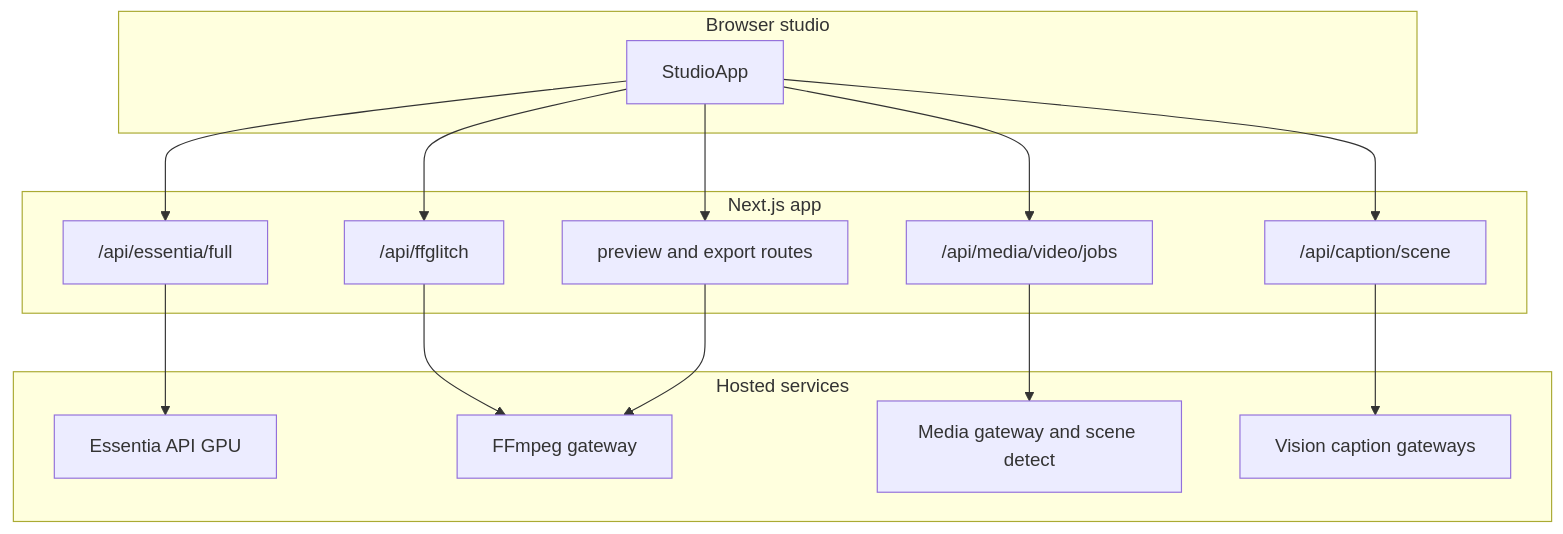
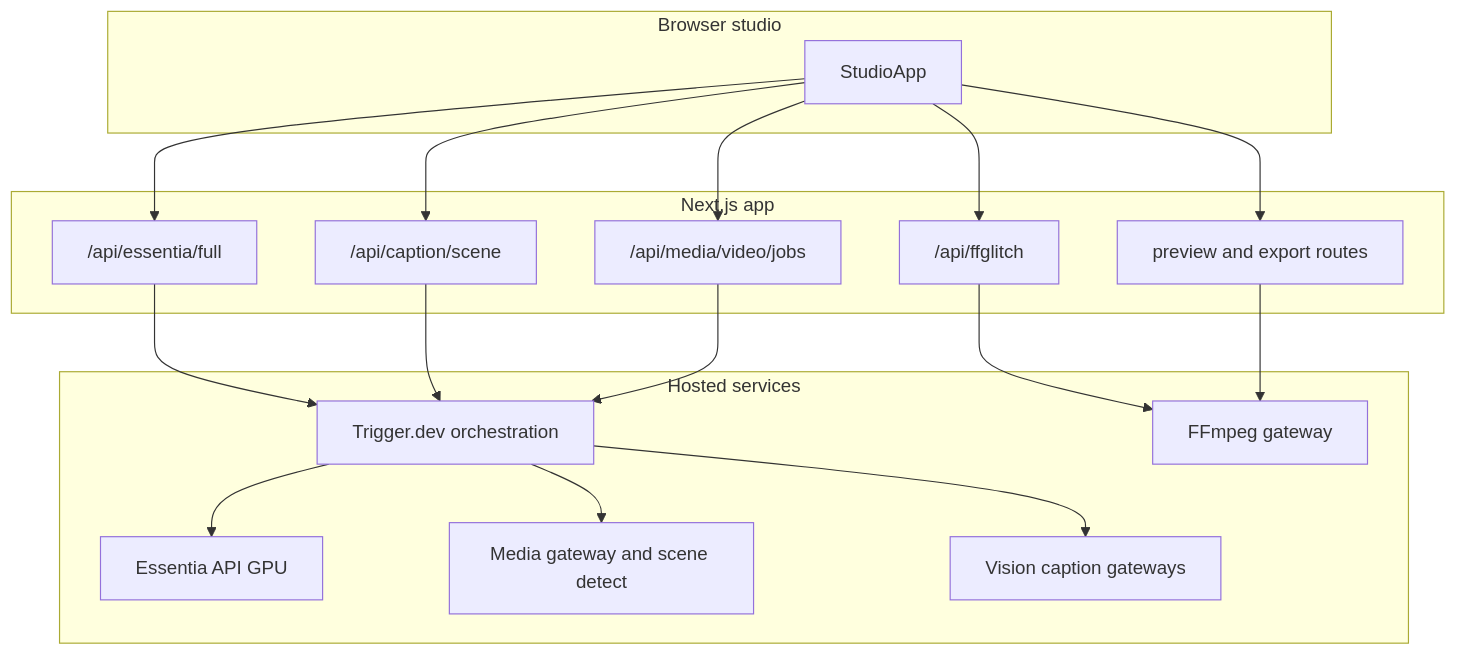
Before and after one commit to gordo-v1su4/project-stack-structure: the diagram in README.md, drawn with Mermaid. The commit also changed other lines of this file and 30 other files, not shown here.

Commit message:
Route media analysis through Trigger.dev

````diff
--- a/README.md
+++ b/README.md
@@ -40,32 +41,36 @@
 ```mermaid
 graph TB
     subgraph Client["Browser studio"]
         UI[StudioApp]
     end
 
     subgraph NextJS["Next.js app"]
         API_E["/api/essentia/full"]
         API_F["/api/ffglitch"]
         API_C["/api/caption/scene"]
         API_M["/api/media/video/jobs"]
         API_P["preview and export routes"]
     end
 
     subgraph Cloud["Hosted services"]
+        TR["Trigger.dev orchestration"]
         ESS["Essentia API GPU"]
         FFG["FFmpeg gateway"]
         MG["Media gateway and scene detect"]
         VL["Vision caption gateways"]
     end
 
     UI --> API_E
     UI --> API_F
     UI --> API_C
     UI --> API_M
     UI --> API_P
-    API_E --> ESS
+    API_E --> TR
     API_F --> FFG
-    API_C --> VL
-    API_M --> MG
+    API_C --> TR
+    API_M --> TR
+    TR --> ESS
+    TR --> MG
+    TR --> VL
     API_P --> FFG
 ```
````
